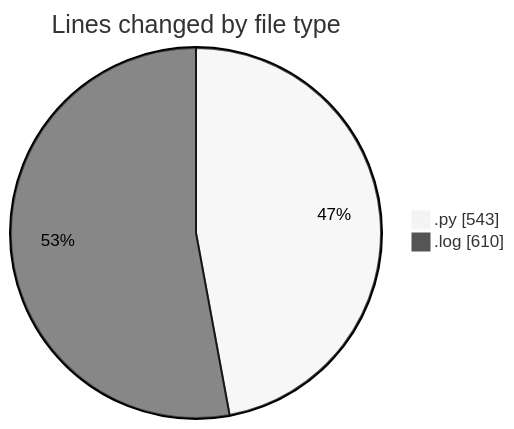
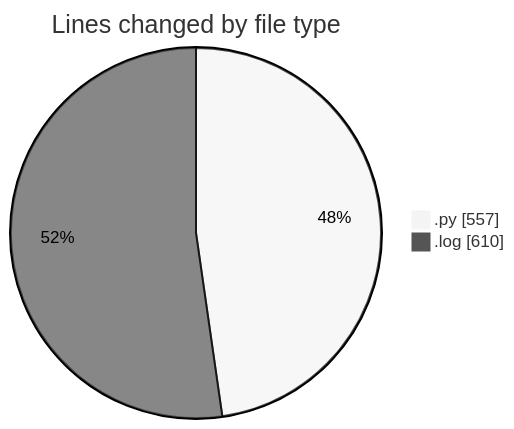
The first of 2 diagrams in 2025-05-07/samplepdf/README.md (momahboobian/code-tracking), drawn with Mermaid (neutral theme) before and after one commit. The commit also changed other lines of this file and 1 other file, not shown here.

````diff
--- a/2025-05-07/samplepdf/README.md
+++ b/2025-05-07/samplepdf/README.md
@@ -27,6 +27,6 @@
 ```mermaid
 pie showData
 title Lines changed by file type
-".py" : 543
+".py" : 557
 ".log" : 610
 ```
````
